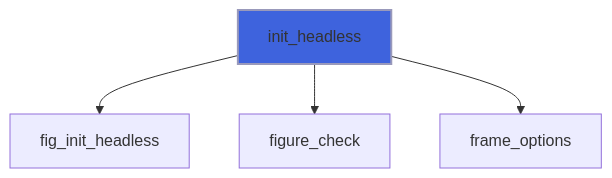
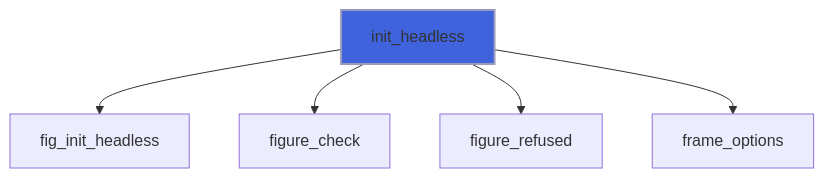
The third of 41 diagrams in docs/api/src/lib/figure_app.md (szaghi/figure), drawn with Mermaid before and after one commit. The commit also changed other lines of this file and 10 other files, not shown here.

````diff
--- a/docs/api/src/lib/figure_app.md
+++ b/docs/api/src/lib/figure_app.md
@@ -203,7 +209,8 @@
 ```mermaid
 flowchart TD
   init_headless["init_headless"] --> fig_init_headless["fig_init_headless"]
   init_headless["init_headless"] --> figure_check["figure_check"]
+  init_headless["init_headless"] --> figure_refused["figure_refused"]
   init_headless["init_headless"] --> frame_options["frame_options"]
   style init_headless fill:#3e63dd,stroke:#99b,stroke-width:2px
 ```
````
